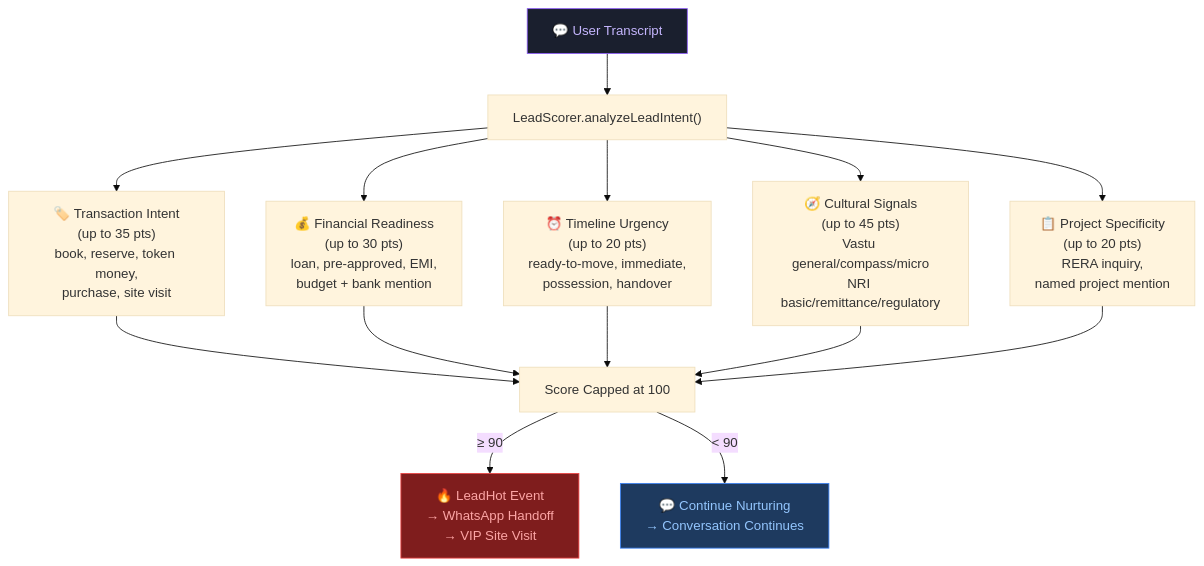
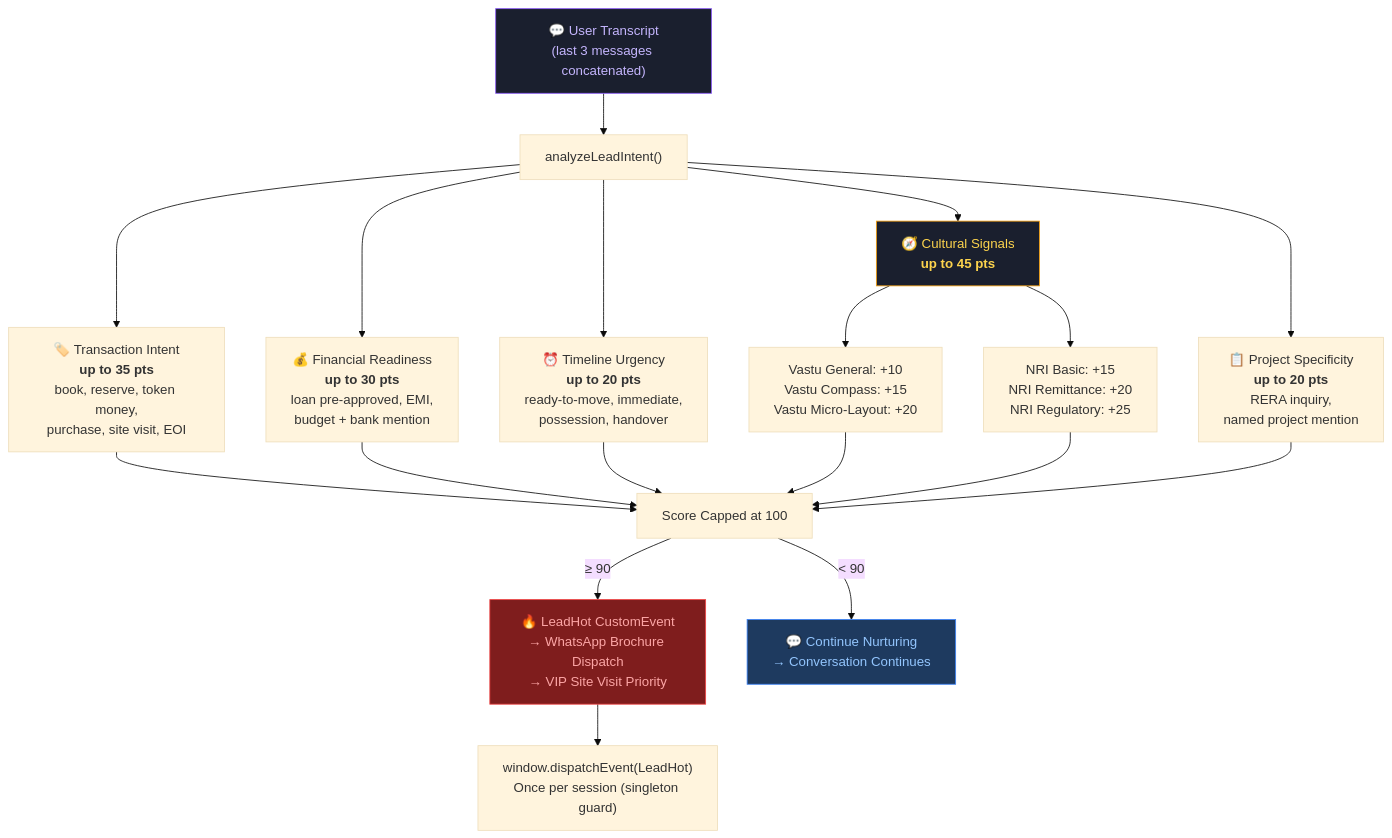
The seventh of 11 diagrams in README.md (iammohith/Voice-First-Aura-Real-Estate-Agent-V-FAREA), drawn with Mermaid (base theme) before and after one commit. The commit also changed other lines of this file, not shown here.

Commit message:
docs: update README with comprehensive architecture diagrams and system design

````diff
--- a/README.md
+++ b/README.md
@@ -199,23 +409,30 @@
 ```mermaid
 graph TD
-    INPUT["💬 User Transcript"] --> SCORER["LeadScorer.analyzeLeadIntent()"]
-    
-    SCORER --> D1["🏷️ Transaction Intent<br/>(up to 35 pts)<br/>book, reserve, token money,<br/>purchase, site visit"]
-    SCORER --> D2["💰 Financial Readiness<br/>(up to 30 pts)<br/>loan, pre-approved, EMI,<br/>budget + bank mention"]
-    SCORER --> D3["⏰ Timeline Urgency<br/>(up to 20 pts)<br/>ready-to-move, immediate,<br/>possession, handover"]
-    SCORER --> D4["🧭 Cultural Signals<br/>(up to 45 pts)<br/>Vastu general/compass/micro<br/>NRI basic/remittance/regulatory"]
-    SCORER --> D5["📋 Project Specificity<br/>(up to 20 pts)<br/>RERA inquiry,<br/>named project mention"]
+    INPUT["💬 User Transcript<br/>(last 3 messages concatenated)"] --> SCORER["analyzeLeadIntent()"]
+
+    SCORER --> D1["🏷️ Transaction Intent<br/><b>up to 35 pts</b><br/>book, reserve, token money,<br/>purchase, site visit, EOI"]
+    SCORER --> D2["💰 Financial Readiness<br/><b>up to 30 pts</b><br/>loan pre-approved, EMI,<br/>budget + bank mention"]
+    SCORER --> D3["⏰ Timeline Urgency<br/><b>up to 20 pts</b><br/>ready-to-move, immediate,<br/>possession, handover"]
+    SCORER --> D4["🧭 Cultural Signals<br/><b>up to 45 pts</b>"]
+    SCORER --> D5["📋 Project Specificity<br/><b>up to 20 pts</b><br/>RERA inquiry,<br/>named project mention"]
+
+    D4 --> D4A["Vastu General: +10<br/>Vastu Compass: +15<br/>Vastu Micro-Layout: +20"]
+    D4 --> D4B["NRI Basic: +15<br/>NRI Remittance: +20<br/>NRI Regulatory: +25"]
 
     D1 --> CAP["Score Capped at 100"]
     D2 --> CAP
     D3 --> CAP
-    D4 --> CAP
+    D4A --> CAP
+    D4B --> CAP
     D5 --> CAP
 
-    CAP -->|"≥ 90"| HOT["🔥 LeadHot Event<br/>→ WhatsApp Handoff<br/>→ VIP Site Visit"]
+    CAP -->|"≥ 90"| HOT["🔥 LeadHot CustomEvent<br/>→ WhatsApp Brochure Dispatch<br/>→ VIP Site Visit Priority"]
     CAP -->|"< 90"| WARM["💬 Continue Nurturing<br/>→ Conversation Continues"]
+
+    HOT --> DISPATCH["window.dispatchEvent(LeadHot)<br/>Once per session (singleton guard)"]
 
     style HOT fill:#7f1d1d,stroke:#ef4444,color:#fca5a5
     style WARM fill:#1e3a5f,stroke:#3b82f6,color:#93c5fd
     style INPUT fill:#1a1f2e,stroke:#8b5cf6,color:#c4b5fd
+    style D4 fill:#1a1f2e,stroke:#f59e0b,color:#fcd34d
 ```
````
